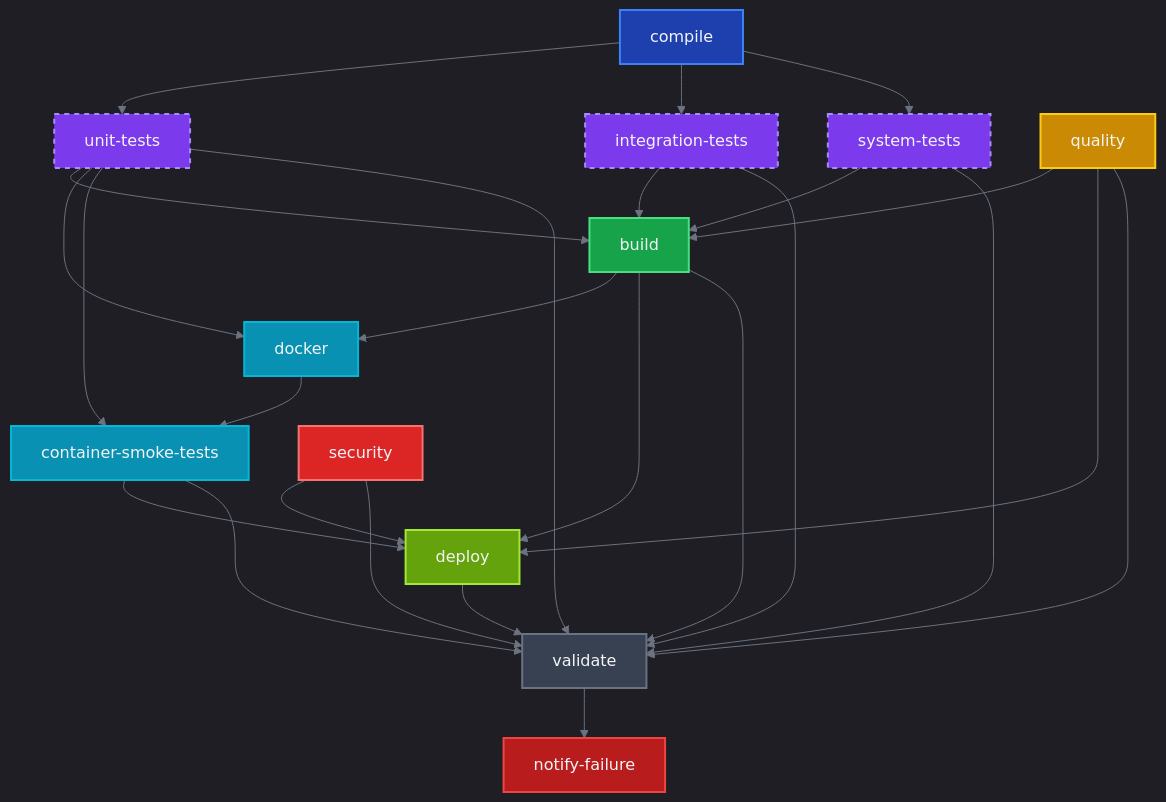
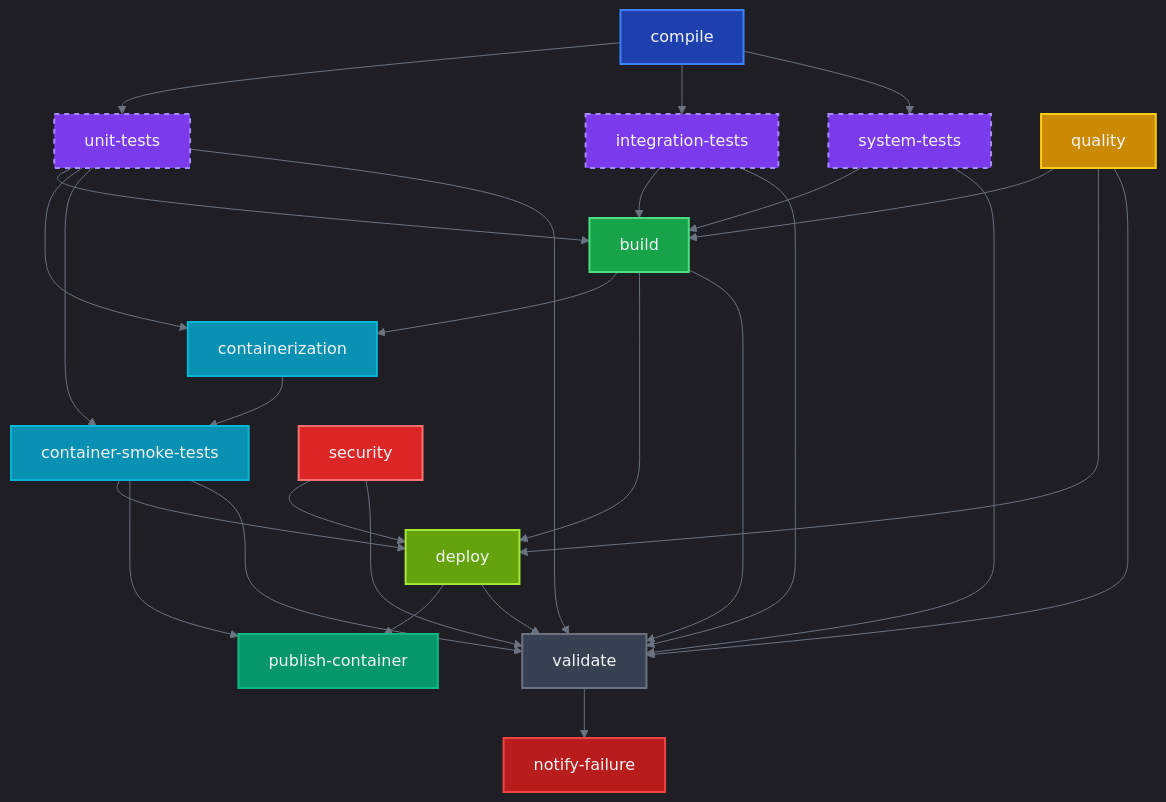
The first of 3 diagrams in docs/CI_ARCHITECTURE.md (spiralhouse/cycletime), drawn with Mermaid before and after one commit. The commit also changed other lines of this file and 1 other file, not shown here.

First line of the commit message:
ci: add dry-run jobs for deployment and container publishing

````diff
--- a/docs/CI_ARCHITECTURE.md
+++ b/docs/CI_ARCHITECTURE.md
@@ -19,47 +19,50 @@
 ```mermaid
 %%{init: {'theme':'dark', 'themeVariables': { 'primaryColor':'#1f2937', 'primaryTextColor':'#f3f4f6', 'primaryBorderColor':'#4b5563', 'lineColor':'#6b7280', 'secondaryColor':'#374151', 'tertiaryColor':'#1f2937', 'background':'#111827', 'mainBkg':'#1f2937', 'secondBkg':'#374151', 'tertiaryBkg':'#4b5563', 'textColor':'#f3f4f6', 'labelTextColor':'#f3f4f6', 'nodeTextColor':'#f3f4f6', 'edgeLabelBackground':'#1f2937'}}}%%
 graph TD
     A[compile] --> B[unit-tests]
     A --> C[integration-tests]  
     A --> D[system-tests]
     E[quality] --> F[build]
     B --> F
     C --> F
     D --> F
-    F --> G[docker]
+    F --> G[containerization]
     B --> G
     G --> H[container-smoke-tests]
     B --> H
     I[security] --> J[deploy]
     H --> J
+    H --> M[publish-container]
+    J --> M
     F --> J
     E --> J
     B --> K[validate]
     C --> K
     D --> K
     E --> K
     F --> K
     H --> K
     I --> K
     J --> K
     K --> L[notify-failure]
     
     style A fill:#1e40af,stroke:#3b82f6,stroke-width:2px,color:#f3f4f6
     style B fill:#7c3aed,stroke:#a78bfa,stroke-width:2px,color:#f3f4f6
     style C fill:#7c3aed,stroke:#a78bfa,stroke-width:2px,color:#f3f4f6
     style D fill:#7c3aed,stroke:#a78bfa,stroke-width:2px,color:#f3f4f6
     style E fill:#ca8a04,stroke:#facc15,stroke-width:2px,color:#f3f4f6
     style F fill:#16a34a,stroke:#4ade80,stroke-width:2px,color:#f3f4f6
     style G fill:#0891b2,stroke:#06b6d4,stroke-width:2px,color:#f3f4f6
     style H fill:#0891b2,stroke:#06b6d4,stroke-width:2px,color:#f3f4f6
+    style M fill:#059669,stroke:#10b981,stroke-width:2px,color:#f3f4f6
     style I fill:#dc2626,stroke:#f87171,stroke-width:2px,color:#f3f4f6
     style J fill:#65a30d,stroke:#a3e635,stroke-width:2px,color:#f3f4f6
     style K fill:#374151,stroke:#6b7280,stroke-width:2px,color:#f3f4f6
     style L fill:#b91c1c,stroke:#ef4444,stroke-width:2px,color:#f3f4f6
     
     classDef parallel stroke:#4ade80,stroke-width:3px,stroke-dasharray: 5 5
     classDef sequential stroke:#facc15,stroke-width:2px
     
     class B,C,D parallel
     class F,G,H sequential
 ```
````
